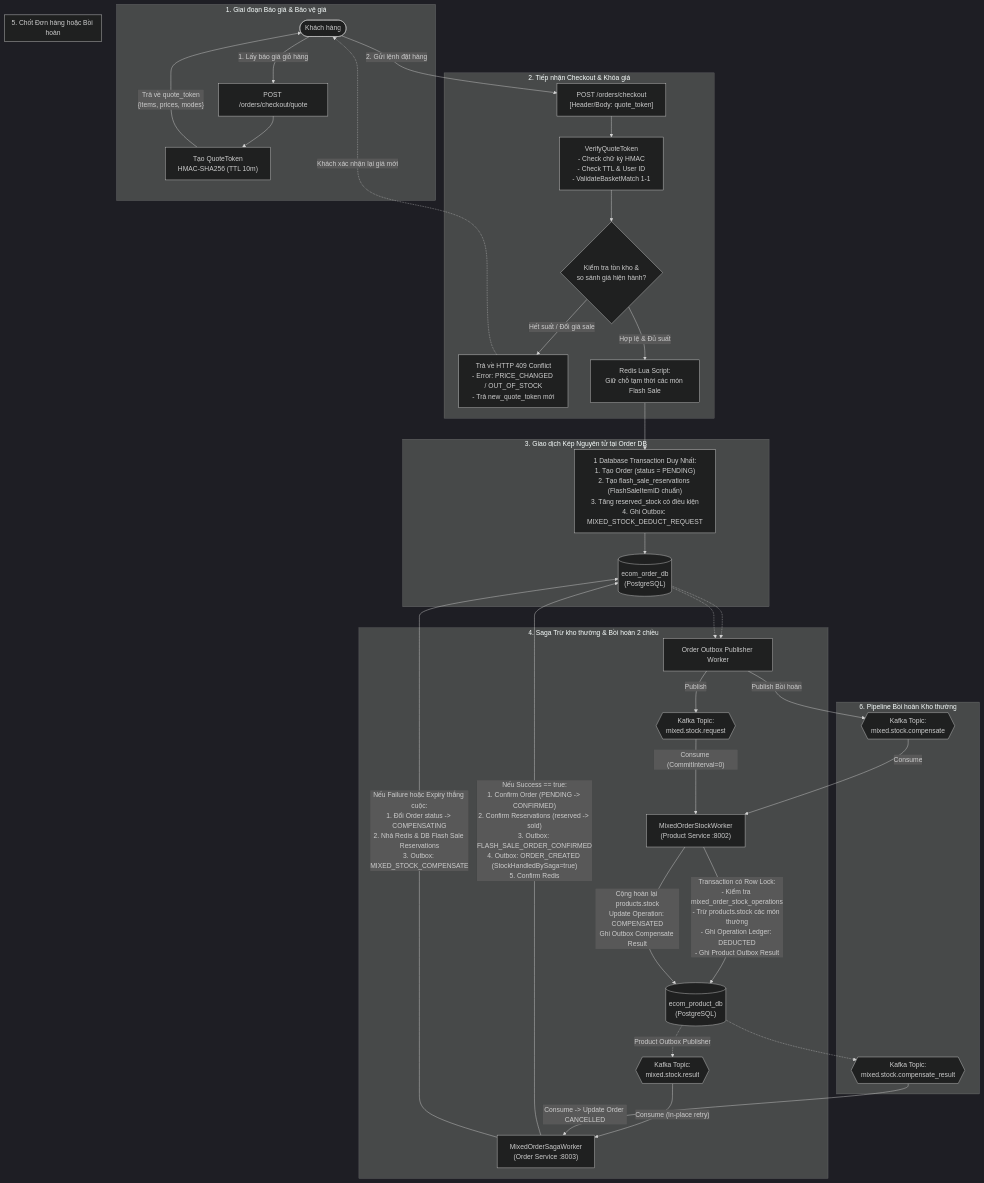
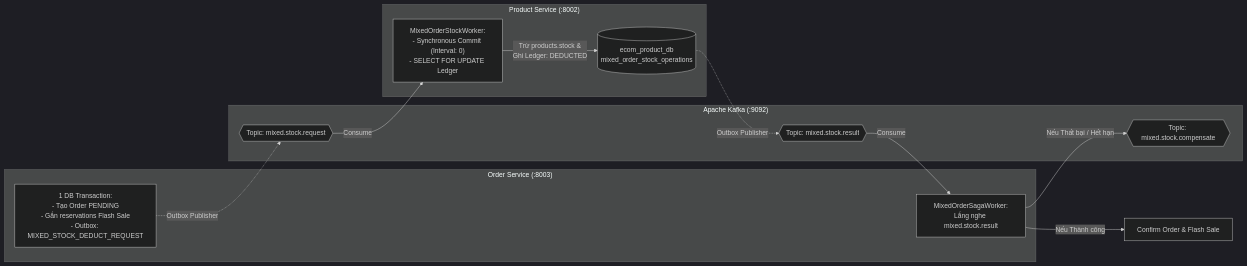
Before and after one commit to PearTNhat/microservice-ecomerce: the fourth of 4 diagrams in backend/FLASH_SALE_ARCHITECTURE.md, drawn with Mermaid (dark theme). The commit also changed other lines of this file and 35 other files, not shown here.

Commit message:
refactor: update order checkout with strict idempotency validation, streamline flash-sale processing, and add admin components and acceptance tests

````diff
--- a/backend/FLASH_SALE_ARCHITECTURE.md
+++ b/backend/FLASH_SALE_ARCHITECTURE.md
@@ -118,67 +260,27 @@
 ```mermaid
-flowchart TD
-    subgraph ClientQuote ["1. Giai đoạn Báo giá & Bảo vệ giá"]
-        Client(["Khách hàng"])
-        QuoteAPI["POST /orders/checkout/quote"]
-        TokenGen["Tạo QuoteToken<br/>HMAC-SHA256 (TTL 10m)"]
-        Client -->|"1. Lấy báo giá giỏ hàng"| QuoteAPI
-        QuoteAPI --> TokenGen
-        TokenGen -->|"Trả về quote_token<br/>{items, prices, modes}"| Client
+flowchart LR
+    subgraph OrderSvc ["Order Service (:8003)"]
+        O_Tx["1 DB Transaction:<br/>- Tạo Order PENDING<br/>- Gắn reservations Flash Sale<br/>- Outbox: MIXED_STOCK_DEDUCT_REQUEST"]
+        SagaCons["MixedOrderSagaWorker:<br/>Lắng nghe mixed.stock.result"]
     end
 
-    subgraph OrderIngress ["2. Tiếp nhận Checkout & Khóa giá"]
-        CheckoutAPI["POST /orders/checkout<br/>[Header/Body: quote_token]"]
-        VerifyQuote["VerifyQuoteToken<br/>- Check chữ ký HMAC<br/>- Check TTL & User ID<br/>- ValidateBasketMatch 1-1"]
-        CheckConflict{"Kiểm tra tồn kho &<br/>so sánh giá hiện hành?"}
-        Requote409["Trả về HTTP 409 Conflict<br/>- Error: PRICE_CHANGED / OUT_OF_STOCK<br/>- Trả new_quote_token mới"]
-        RedisHold["Redis Lua Script:<br/>Giữ chỗ tạm thời các món Flash Sale"]
-
-        Client -->|"2. Gửi lệnh đặt hàng"| CheckoutAPI
-        CheckoutAPI --> VerifyQuote
-        VerifyQuote --> CheckConflict
-        CheckConflict -->|"Hết suất / Đổi giá sale"| Requote409
-        Requote409 -.->|"Khách xác nhận lại giá mới"| Client
-        CheckConflict -->|"Hợp lệ & Đủ suất"| RedisHold
+    subgraph Kafka ["Apache Kafka (:9092)"]
+        T_Req{{"Topic: mixed.stock.request"}}
+        T_Res{{"Topic: mixed.stock.result"}}
+        T_Comp{{"Topic: mixed.stock.compensate"}}
     end
 
-    subgraph OrderDurableTx ["3. Giao dịch Kép Nguyên tử tại Order DB"]
-        OrderDB[("ecom_order_db<br/>(PostgreSQL)")]
-        LocalTx["1 Database Transaction Duy Nhất:<br/>1. Tạo Order (status = PENDING)<br/>2. Tạo flash_sale_reservations (FlashSaleItemID chuẩn)<br/>3. Tăng reserved_stock có điều kiện<br/>4. Ghi Outbox: MIXED_STOCK_DEDUCT_REQUEST"]
-        RedisHold --> LocalTx
-        LocalTx --> OrderDB
+    subgraph ProductSvc ["Product Service (:8002)"]
+        P_Worker["MixedOrderStockWorker:<br/>- Synchronous Commit (Interval: 0)<br/>- SELECT FOR UPDATE Ledger"]
+        P_DB[("ecom_product_db<br/>mixed_order_stock_operations")]
     end
 
-    subgraph SagaChoreography ["4. Saga Trừ kho thường & Bồi hoàn 2 chiều"]
-        OutboxWorker["Order Outbox Publisher Worker"]
-        KafkaReq{{"Kafka Topic:<br/>mixed.stock.request"}}
-        ProdWorker["MixedOrderStockWorker<br/>(Product Service :8002)"]
-        ProdDB[("ecom_product_db<br/>(PostgreSQL)")]
-        KafkaRes{{"Kafka Topic:<br/>mixed.stock.result"}}
-        OrderSagaWorker["MixedOrderSagaWorker<br/>(Order Service :8003)"]
+    O_Tx -.->|"Outbox Publisher"| T_Req
+    T_Req -->|"Consume"| P_Worker
+    P_Worker -->|"Trừ products.stock &<br/>Ghi Ledger: DEDUCTED"| P_DB
+    P_DB -.->|"Outbox Publisher"| T_Res
+    T_Res -->|"Consume"| SagaCons
 
-        OrderDB -.-> OutboxWorker
-        OutboxWorker -->|"Publish"| KafkaReq
-        KafkaReq -->|"Consume (CommitInterval=0)"| ProdWorker
-
-        ProdWorker -->|"Transaction có Row Lock:<br/>- Kiểm tra mixed_order_stock_operations<br/>- Trừ products.stock các món thường<br/>- Ghi Operation Ledger: DEDUCTED<br/>- Ghi Product Outbox Result"| ProdDB
-        ProdDB -.->|"Product Outbox Publisher"| KafkaRes
-        KafkaRes -->|"Consume (In-place retry)"| OrderSagaWorker
-    end
-
-    subgraph SagaResolution ["5. Chốt Đơn hàng hoặc Bồi hoàn"]
-        OrderSagaWorker -->|"Nếu Success == true:<br/>1. Confirm Order (PENDING -> CONFIRMED)<br/>2. Confirm Reservations (reserved -> sold)<br/>3. Outbox: FLASH_SALE_ORDER_CONFIRMED<br/>4. Outbox: ORDER_CREATED (StockHandledBySaga=true)<br/>5. Confirm Redis"| OrderDB
-        OrderSagaWorker -->|"Nếu Failure hoặc Expiry thắng cuộc:<br/>1. Đổi Order status -> COMPENSATING<br/>2. Nhả Redis & DB Flash Sale Reservations<br/>3. Outbox: MIXED_STOCK_COMPENSATE"| OrderDB
-    end
-
-    subgraph CompensationPipeline ["6. Pipeline Bồi hoàn Kho thường"]
-        KafkaComp{{"Kafka Topic:<br/>mixed.stock.compensate"}}
-        KafkaCompRes{{"Kafka Topic:<br/>mixed.stock.compensate_result"}}
-
-        OrderDB -.-> OutboxWorker
-        OutboxWorker -->|"Publish Bồi hoàn"| KafkaComp
-        KafkaComp -->|"Consume"| ProdWorker
-        ProdWorker -->|"Cộng hoàn lại products.stock<br/>Update Operation: COMPENSATED<br/>Ghi Outbox Compensate Result"| ProdDB
-        ProdDB -.-> KafkaCompRes
-        KafkaCompRes -->|"Consume -> Update Order CANCELLED"| OrderSagaWorker
-    end
+    SagaCons -->|"Nếu Thành công"| Confirm["Confirm Order & Flash Sale"]
+    SagaCons -->|"Nếu Thất bại / Hết hạn"| T_Comp
 ```
````
